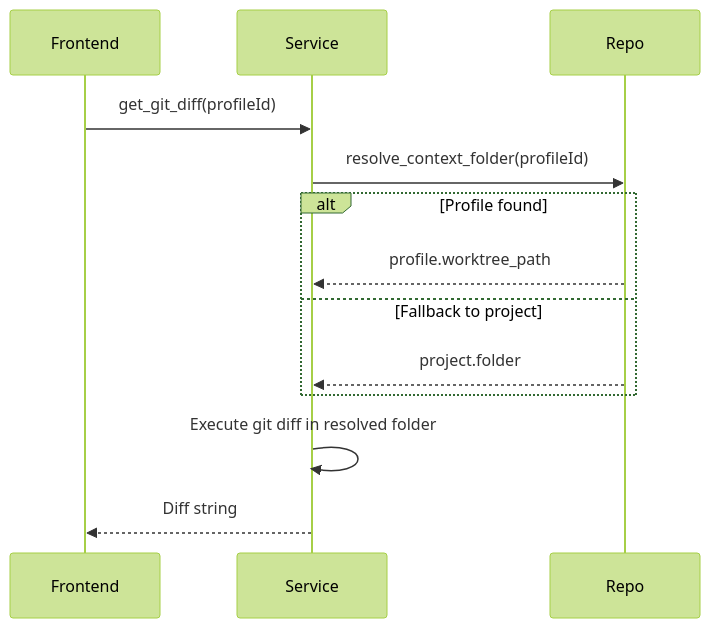
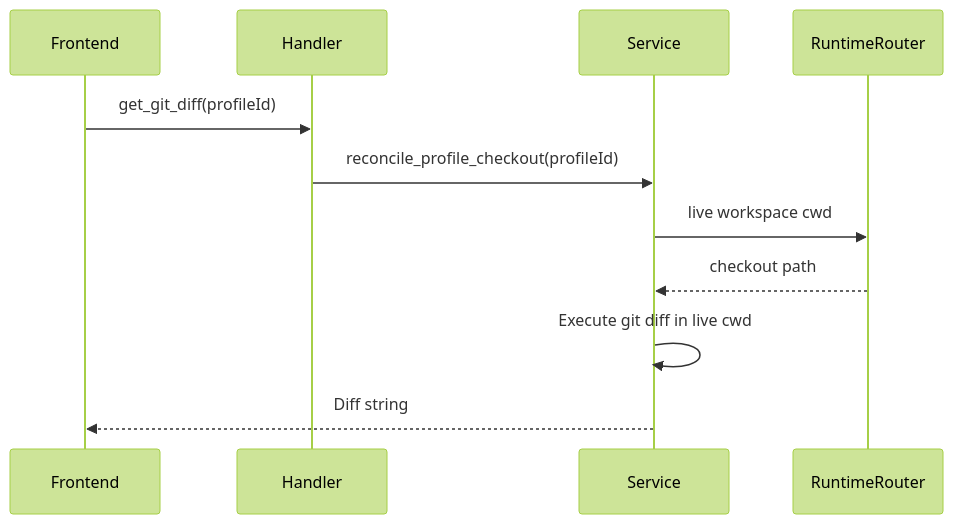
The fifth of 5 diagrams in docs/data-flow.md (AkaraChen/2code), drawn with Mermaid (forest theme) before and after one commit. The commit also changed other lines of this file, not shown here.

First line of the commit message:
docs: replace Local PTY data-flow with Herdr pane_id reattach

````diff
--- a/docs/data-flow.md
+++ b/docs/data-flow.md
@@ -150,18 +131,14 @@
 ```mermaid
 sequenceDiagram
     participant FE as Frontend
+    participant H as Handler
     participant S as Service
-    participant R as Repo
+    participant Herdr as RuntimeRouter
 
-    FE->>S: get_git_diff(profileId)
-    S->>R: resolve_context_folder(profileId)
-
-    alt Profile found
-        R-->>S: profile.worktree_path
-    else Fallback to project
-        R-->>S: project.folder
-    end
-
-    S->>S: Execute git diff in resolved folder
+    FE->>H: get_git_diff(profileId)
+    H->>S: reconcile_profile_checkout(profileId)
+    S->>Herdr: live workspace cwd
+    Herdr-->>S: checkout path
+    S->>S: Execute git diff in live cwd
     S-->>FE: Diff string
 ```
````
